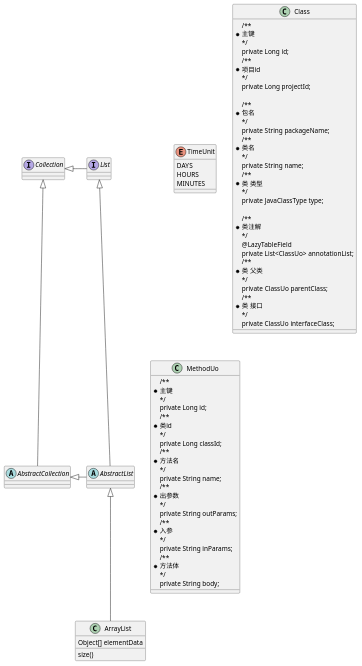
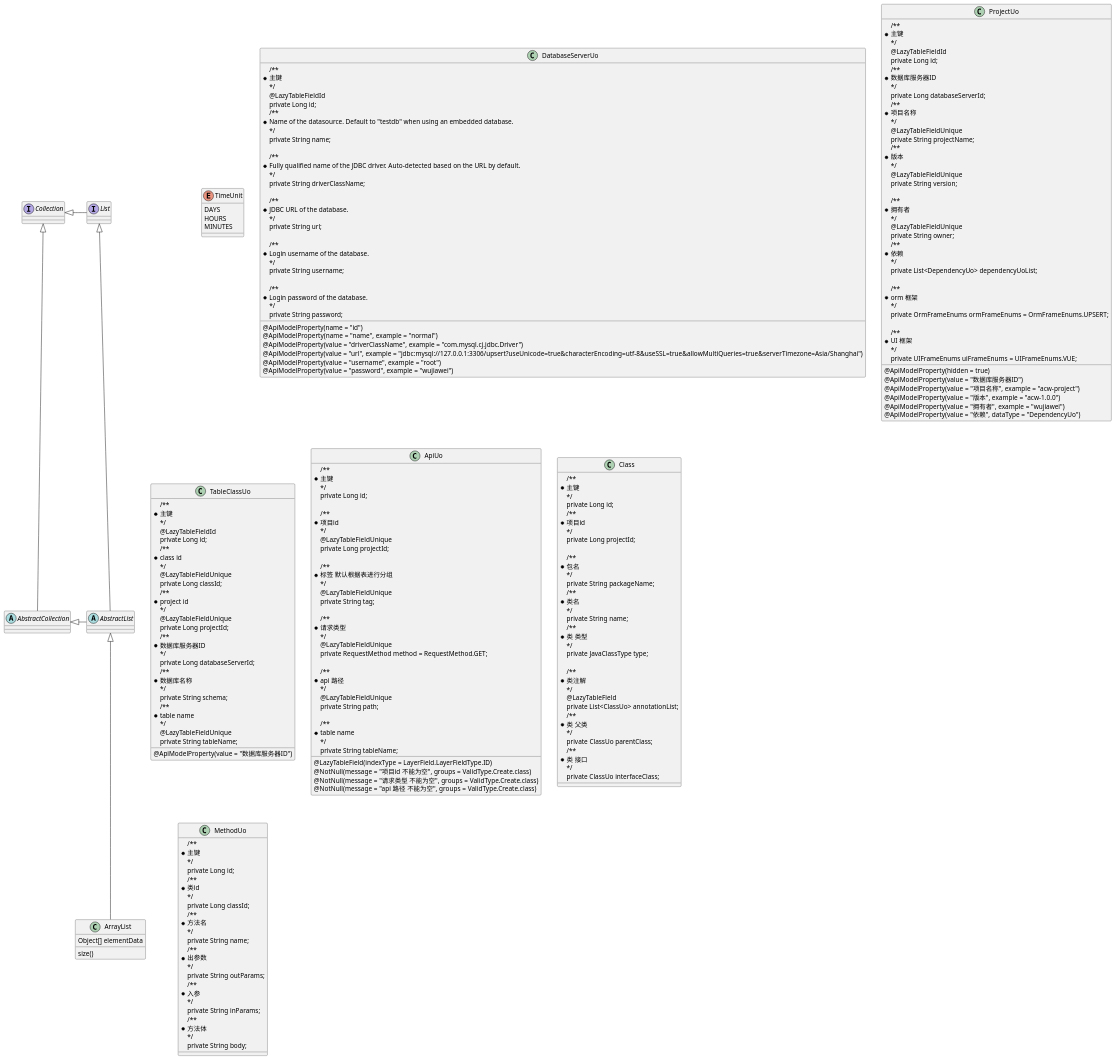
Before and after one commit to wujiawei1207537021/wu-framework-parent: the diagram in wu-smart-intergration/wu-smart-acw/Class.puml, drawn with PlantUML. The commit also changed 204 other files, not shown here.

```diff
--- a/wu-smart-intergration/wu-smart-acw/Class.puml
+++ b/wu-smart-intergration/wu-smart-acw/Class.puml
@@ -24,7 +24,171 @@
 MINUTES
 }
 
+ class DatabaseServerUo {
 
+    /**
+     * 主键
+     */
+    @LazyTableFieldId
+    @ApiModelProperty(name = "id")
+    private Long id;
+    /**
+     * Name of the datasource. Default to "testdb" when using an embedded database.
+     */
+    @ApiModelProperty(name = "name", example = "normal")
+    private String name;
+
+    /**
+     * Fully qualified name of the JDBC driver. Auto-detected based on the URL by default.
+     */
+    @ApiModelProperty(value = "driverClassName", example = "com.mysql.cj.jdbc.Driver")
+    private String driverClassName;
+
+    /**
+     * JDBC URL of the database.
+     */
+    @ApiModelProperty(value = "url", example = "jdbc:mysql://127.0.0.1:3306/upsert?useUnicode=true&characterEncoding=utf-8&useSSL=true&allowMultiQueries=true&serverTimezone=Asia/Shanghai")
+    private String url;
+
+    /**
+     * Login username of the database.
+     */
+    @ApiModelProperty(value = "username", example = "root")
+    private String username;
+
+    /**
+     * Login password of the database.
+     */
+    @ApiModelProperty(value = "password", example = "wujiawei")
+    private String password;
+
+
+}
+
+class ProjectUo {
+    /**
+     * 主键
+     */
+    @LazyTableFieldId
+    @ApiModelProperty(hidden = true)
+    private Long id;
+    /**
+    *数据库服务器ID
+    */
+    @ApiModelProperty(value = "数据库服务器ID")
+    private Long databaseServerId;
+    /**
+     * 项目名称
+     */
+    @LazyTableFieldUnique
+    @ApiModelProperty(value = "项目名称", example = "acw-project")
+    private String projectName;
+    /**
+     * 版本
+     */
+    @LazyTableFieldUnique
+    @ApiModelProperty(value = "版本", example = "acw-1.0.0")
+    private String version;
+
+    /**
+     * 拥有者
+     */
+    @LazyTableFieldUnique
+    @ApiModelProperty(value = "拥有者", example = "wujiawei")
+    private String owner;
+    /**
+     * 依赖
+     */
+    @ApiModelProperty(value = "依赖", dataType = "DependencyUo")
+    private List<DependencyUo> dependencyUoList;
+
+    /**
+     * orm 框架
+     */
+    private OrmFrameEnums ormFrameEnums = OrmFrameEnums.UPSERT;
+
+    /**
+     * UI 框架
+     */
+    private UIFrameEnums uiFrameEnums = UIFrameEnums.VUE;
+
+}
+
+class TableClassUo {
+
+    /**
+     * 主键
+     */
+    @LazyTableFieldId
+    private Long id;
+    /**
+     * class id
+     */
+    @LazyTableFieldUnique
+    private Long classId;
+    /**
+     * project id
+     */
+    @LazyTableFieldUnique
+    private Long projectId;
+    /**
+     * 数据库服务器ID
+     */
+    @ApiModelProperty(value = "数据库服务器ID")
+    private Long databaseServerId;
+    /**
+     * 数据库名称
+     */
+    private String schema;
+    /**
+     * table name
+     */
+    @LazyTableFieldUnique
+    private String tableName;
+
+}
+
+ class ApiUo {
+    /**
+     * 主键
+     */
+    @LazyTableField(indexType = LayerField.LayerFieldType.ID)
+    private Long id;
+
+    /**
+     * 项目id
+     */
+    @LazyTableFieldUnique
+    @NotNull(message = "项目id 不能为空", groups = ValidType.Create.class)
+    private Long projectId;
+
+    /**
+     * 标签 默认根据表进行分组
+     */
+    @LazyTableFieldUnique
+    private String tag;
+
+    /**
+     * 请求类型
+     */
+    @LazyTableFieldUnique
+    @NotNull(message = "请求类型 不能为空", groups = ValidType.Create.class)
+    private RequestMethod method = RequestMethod.GET;
+
+    /**
+     * api 路径
+     */
+    @LazyTableFieldUnique
+    @NotNull(message = "api 路径 不能为空", groups = ValidType.Create.class)
+    private String path;
+
+    /**
+     * table name
+     */
+    private String tableName;
+
+
+}
 class Class{
     /**
      * 主键
```
